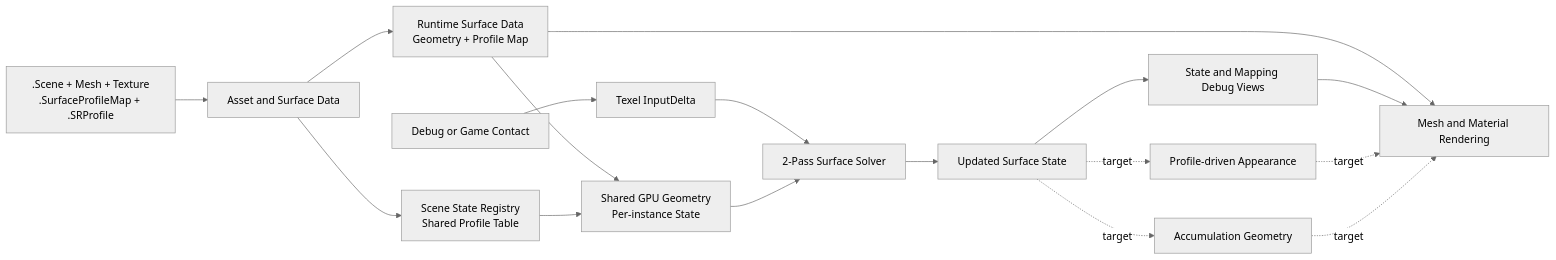
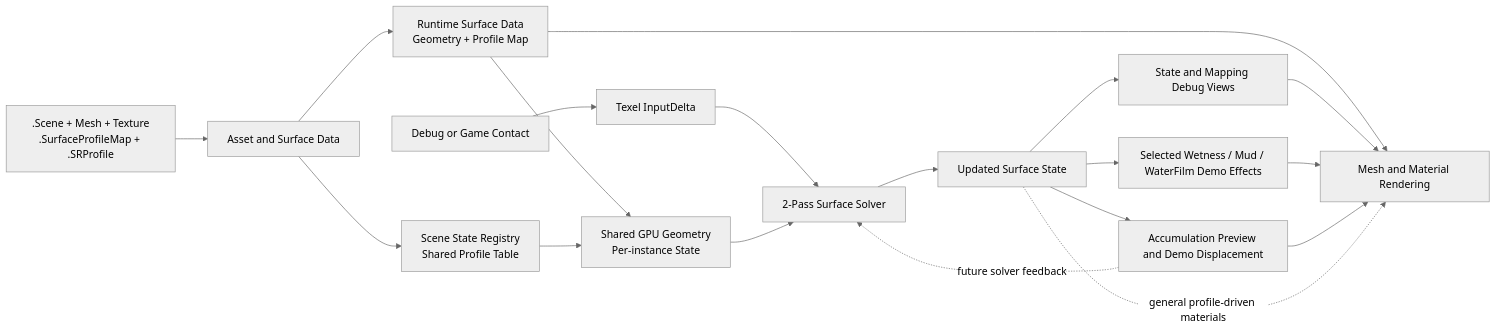
One commit to Yonaim/Material-Dependent-Surface-State-Engine changed the diagram in Docs/MDSSP-Vault/Flow-Maps/0000_Overview.md. Above: the diagram before and after it, drawn with Mermaid (neutral theme). The commit also changed other lines of this file and 12 other files, not shown here.

Commit message:
Docs: Geometry feedback 설계와 개발 기록 갱신

````diff
--- a/Docs/MDSSP-Vault/Flow-Maps/0000_Overview.md
+++ b/Docs/MDSSP-Vault/Flow-Maps/0000_Overview.md
@@ -20,20 +20,22 @@
 ```mermaid
 flowchart LR
   Files[".Scene + Mesh + Texture<br/>.SurfaceProfileMap + .SRProfile"] --> Asset["Asset and Surface Data"]
   Asset --> Runtime["Runtime Surface Data<br/>Geometry + Profile Map"]
   Asset --> Registry["Scene State Registry<br/>Shared Profile Table"]
   Runtime --> GPU["Shared GPU Geometry<br/>Per-instance State"]
   Registry --> GPU
 
   Contact["Debug or Game Contact"] --> Input["Texel InputDelta"]
   Input --> Solver["2-Pass Surface Solver"]
   GPU --> Solver
   Solver --> State["Updated Surface State"]
   State --> Debug["State and Mapping Debug Views"]
-  State -. target .-> Appearance["Profile-driven Appearance"]
-  State -. target .-> Accumulation["Accumulation Geometry"]
+  State --> Demo["Selected Wetness / Mud / WaterFilm Demo Effects"]
+  State --> Accumulation["Accumulation Preview and Demo Displacement"]
+  Accumulation -. future solver feedback .-> Solver
   Runtime --> Render["Mesh and Material Rendering"]
   Debug --> Render
-  Appearance -. target .-> Render
-  Accumulation -. target .-> Render
+  Demo --> Render
+  Accumulation --> Render
+  State -. general profile-driven materials .-> Render
 ```
````
